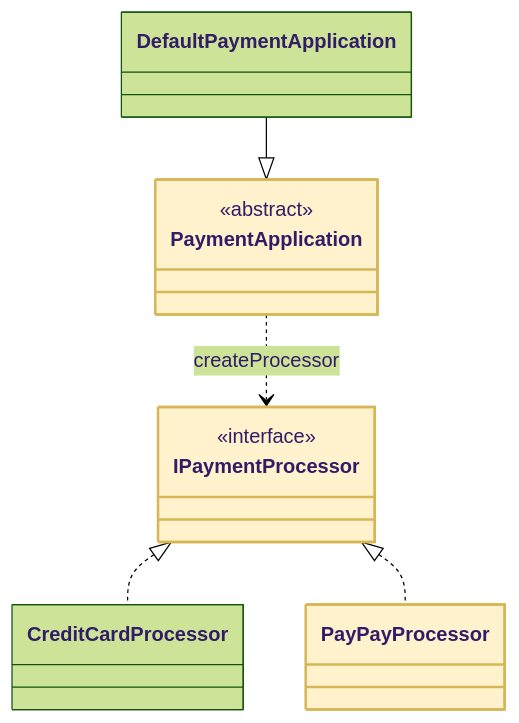
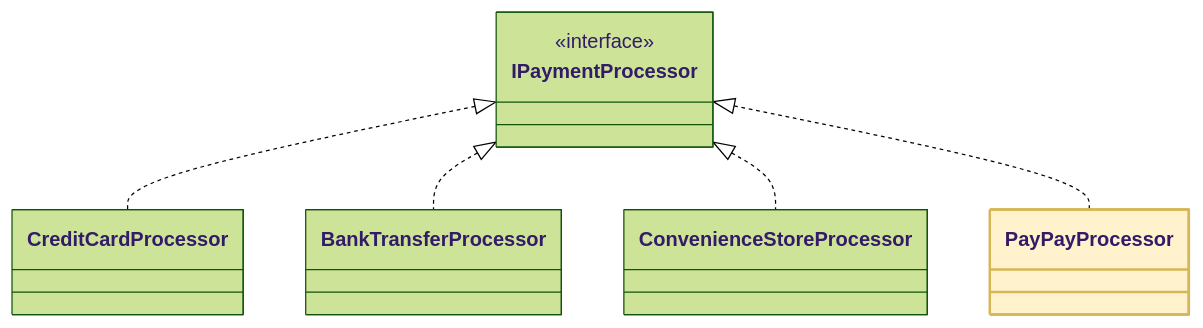
Diagram 11 of 18 in kindle/design-patterns/output/chapter08.md (kumachan1101-pixel/DesignPattern), drawn with Mermaid (forest theme) before and after one commit. The commit also changed other lines of this file, not shown here.

````diff
--- a/kindle/design-patterns/output/chapter08.md
+++ b/kindle/design-patterns/output/chapter08.md
@@ -2061,16 +2340,14 @@
 ```mermaid
 classDiagram
-    class PaymentApplication { <<abstract>> }
-    class DefaultPaymentApplication
     class IPaymentProcessor { <<interface>> }
     class CreditCardProcessor
+    class BankTransferProcessor
+    class ConvenienceStoreProcessor
     class PayPayProcessor
-    DefaultPaymentApplication --|> PaymentApplication
-    PaymentApplication ..> IPaymentProcessor : createProcessor
     IPaymentProcessor <|.. CreditCardProcessor
+    IPaymentProcessor <|.. BankTransferProcessor
+    IPaymentProcessor <|.. ConvenienceStoreProcessor
     IPaymentProcessor <|.. PayPayProcessor
-    class PaymentApplication:::focus
-    class IPaymentProcessor:::focus
     class PayPayProcessor:::focus
     classDef focus fill:#FFF2CC,stroke:#D6B656,stroke-width:2px
 ```
````
